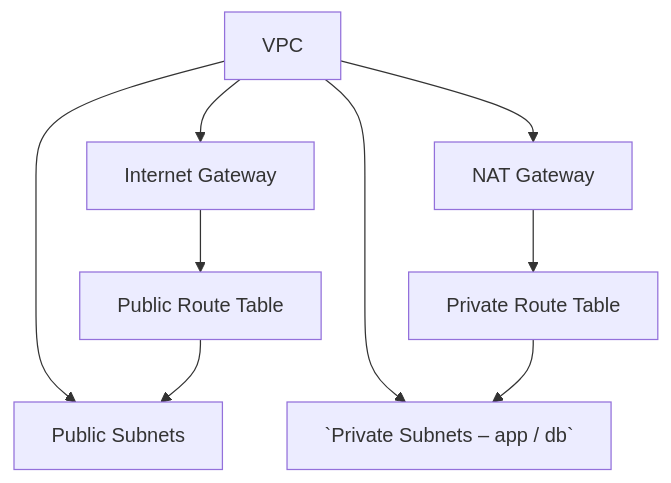
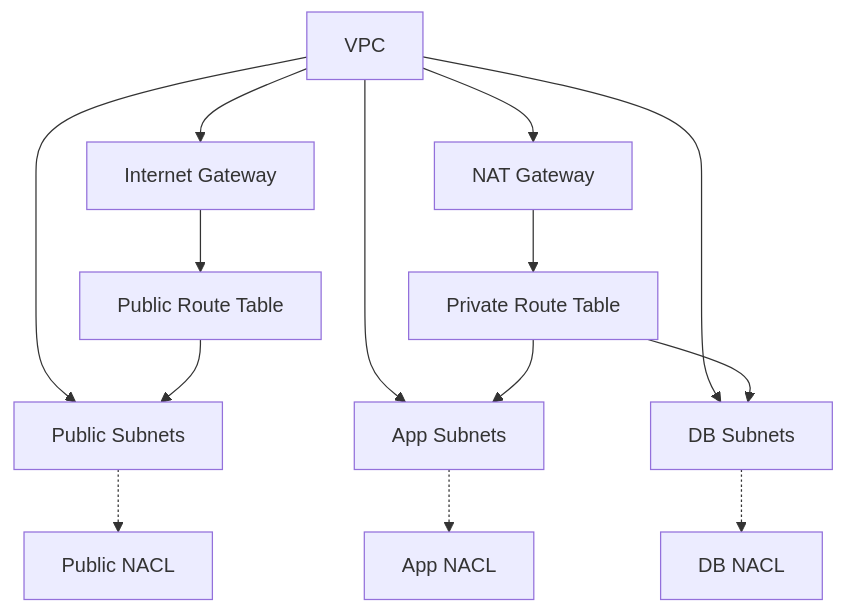
One commit to Thanutham-T/school-web-aws-terraform changed the diagram in modules/network/README.md. Above: the diagram before and after it, drawn with Mermaid. The commit also changed other lines of this file, not shown here.

Commit message:
Enhance README with detailed Network ACLs documentation and rules for public, app, and db subnets

````diff
--- a/modules/network/README.md
+++ b/modules/network/README.md
@@ -62,11 +95,19 @@
 ```mermaid
 graph TD
   VPC[VPC] --> IGW[Internet Gateway]
   VPC --> NAT[NAT Gateway]
   VPC --> PubSubnets[Public Subnets]
-  VPC --> PrivSubnets[`Private Subnets – app / db`]
+  VPC --> AppSubnets[App Subnets]
+  VPC --> DbSubnets[DB Subnets]
+
   IGW --> PubRT[Public Route Table]
   NAT --> PrivRT[Private Route Table]
+
   PubRT --> PubSubnets
-  PrivRT --> PrivSubnets
+  PrivRT --> AppSubnets
+  PrivRT --> DbSubnets
+
+  PubSubnets -.-> PubNACL[Public NACL]
+  AppSubnets -.-> AppNACL[App NACL]
+  DbSubnets -.-> DbNACL[DB NACL]
 ```
````
